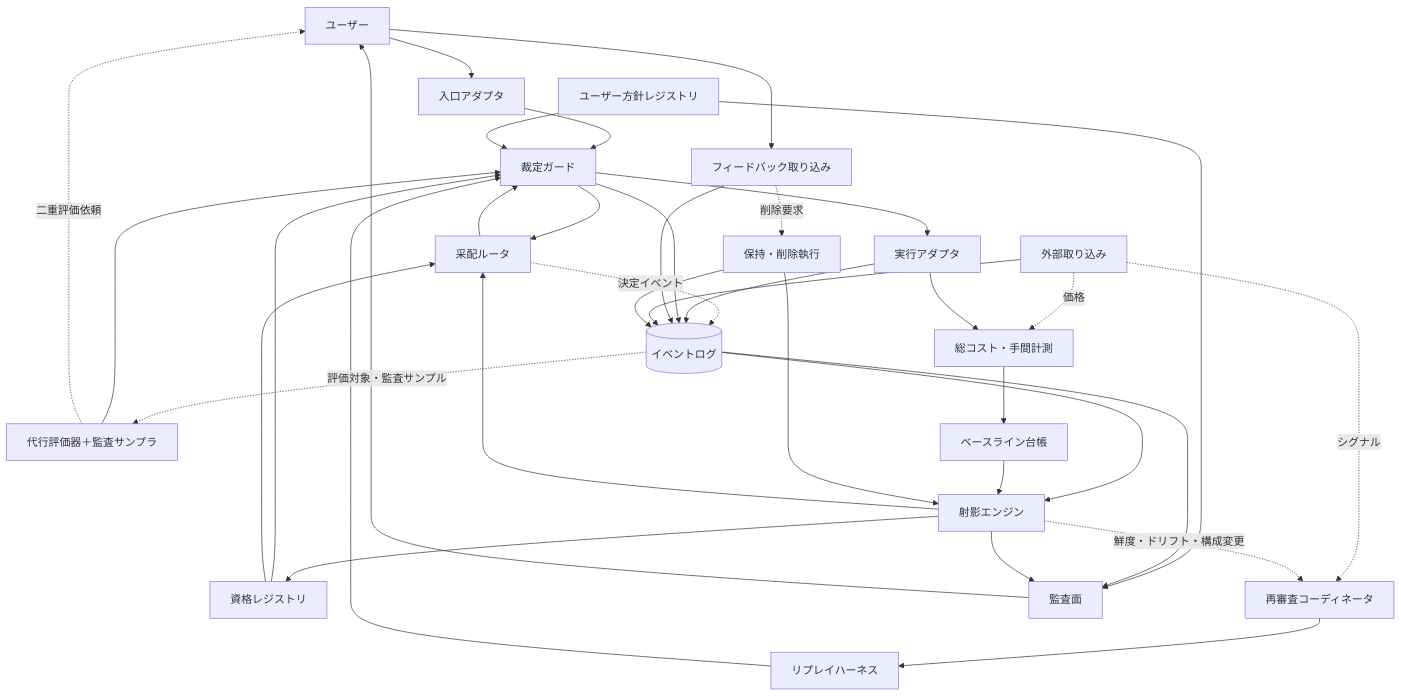
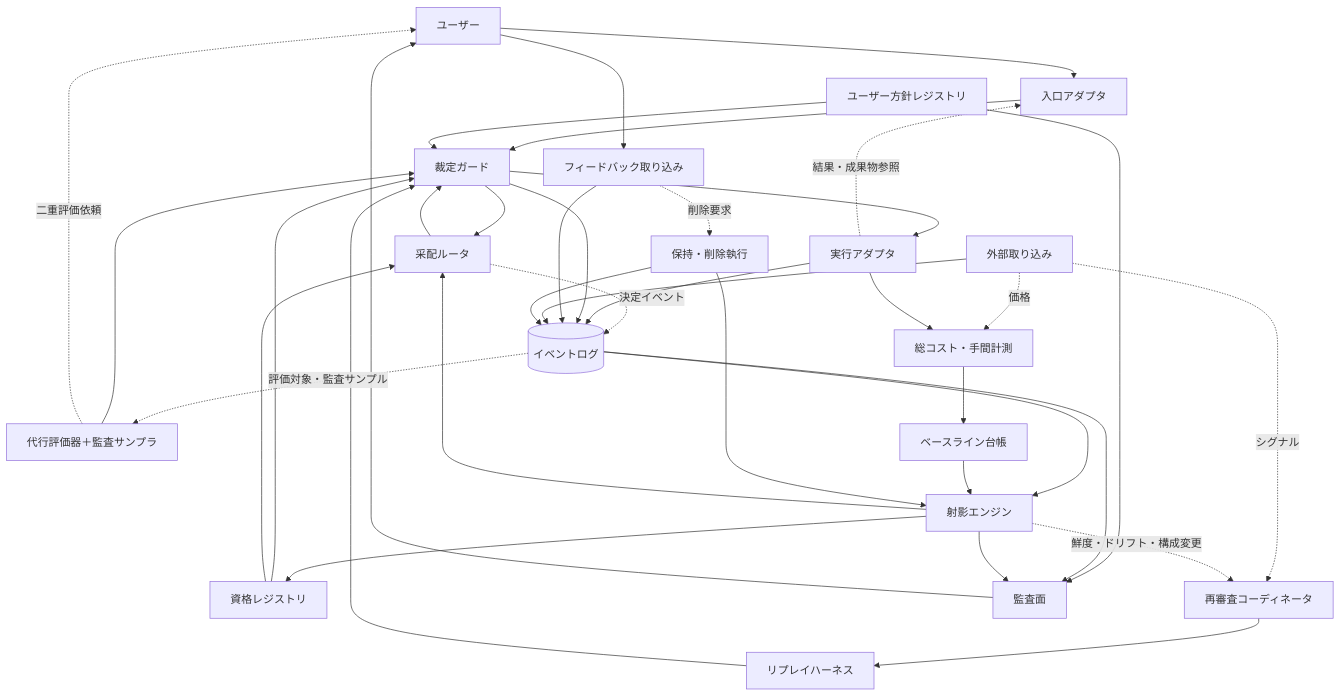
Before and after one commit to megumish/agent-dock: the diagram in DESIGN.md, drawn with Mermaid. The commit also changed other lines of this file and 1 other file, not shown here.

````diff
--- a/DESIGN.md
+++ b/DESIGN.md
@@ -43,38 +43,39 @@
 ```mermaid
 graph TD
     U[ユーザー] --> E[入口アダプタ]
     U --> FB[フィードバック取り込み]
     E --> G[裁定ガード]
     G --> R[采配ルータ]
     R --> G
     R -. 決定イベント .-> LOG
     G --> RUN[実行アダプタ]
+    RUN -. 結果・成果物参照 .-> E
     RUN --> LOG[(イベントログ)]
     G --> LOG
     UP[ユーザー方針レジストリ] --> G
     QR[資格レジストリ] --> G
     FB --> LOG
     FB -. 削除要求 .-> RD
     LOG -. 評価対象・監査サンプル .-> PX[代行評価器＋監査サンプラ]
     PX --> G
     PX -. 二重評価依頼 .-> U
     RP[リプレイハーネス] --> G
     EXT[外部取り込み] --> LOG
     EXT -. 価格 .-> CM
     EXT -. シグナル .-> RC
     PRJ -. 鮮度・ドリフト・構成変更 .-> RC[再審査コーディネータ]
     RC --> RP
     LOG --> PRJ[射影エンジン]
     BL[ベースライン台帳] --> PRJ
     RUN --> CM[総コスト・手間計測]
     CM --> BL
     PRJ --> QR
     PRJ --> R
     QR --> R
     RD[保持・削除執行] --> LOG
     RD --> PRJ
     UP --> AV[監査面]
     LOG --> AV
     PRJ --> AV
     AV --> U
 ```
````
